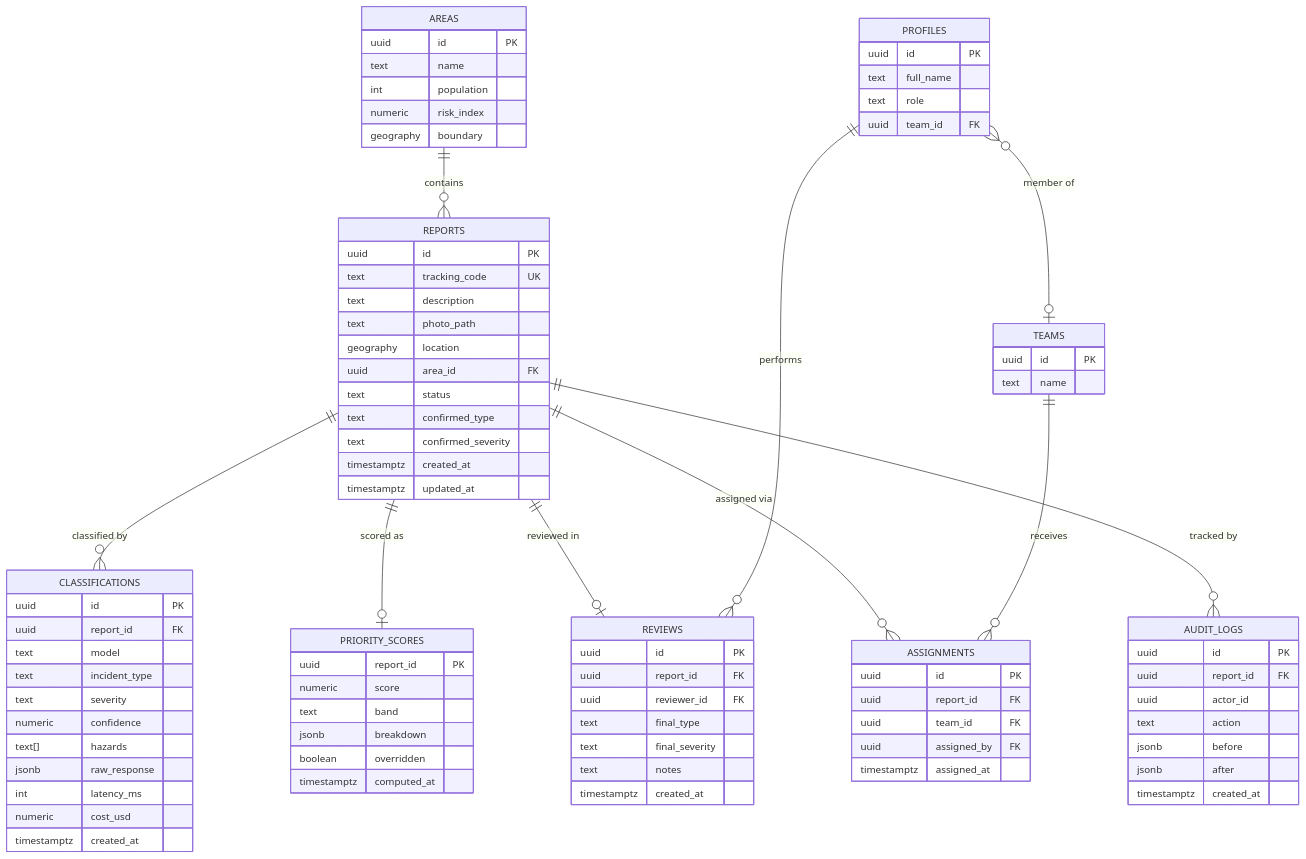
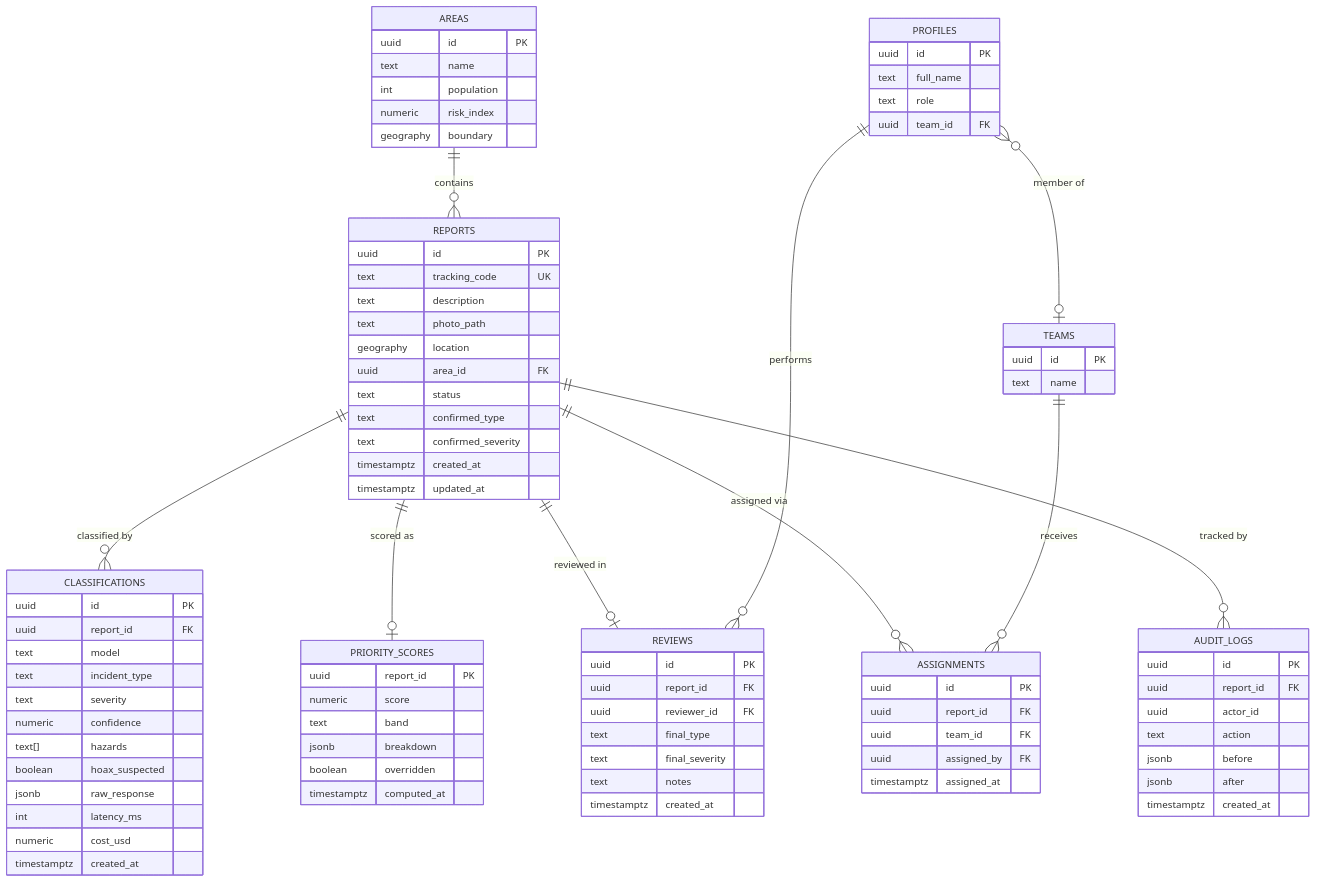
Before and after one commit to helidastar/SAGIP-AI: the seventh of 8 diagrams in docs/DOCUMENTATION.md, drawn with Mermaid. The commit also changed other lines of this file and 7 other files, not shown here.

```diff
--- a/docs/DOCUMENTATION.md
+++ b/docs/DOCUMENTATION.md
@@ -461,6 +477,7 @@
         text severity
         numeric confidence
         text[] hazards
+        boolean hoax_suspected
         jsonb raw_response
         int latency_ms
         numeric cost_usd
```
